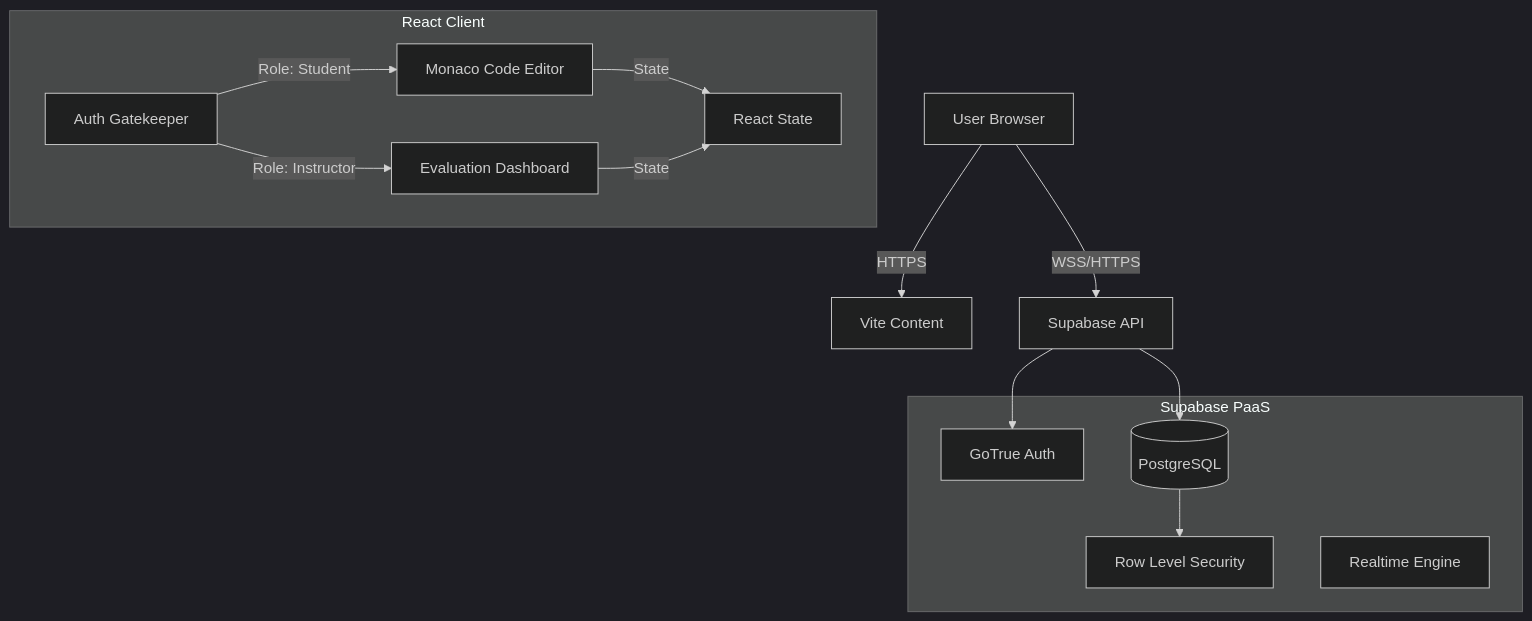
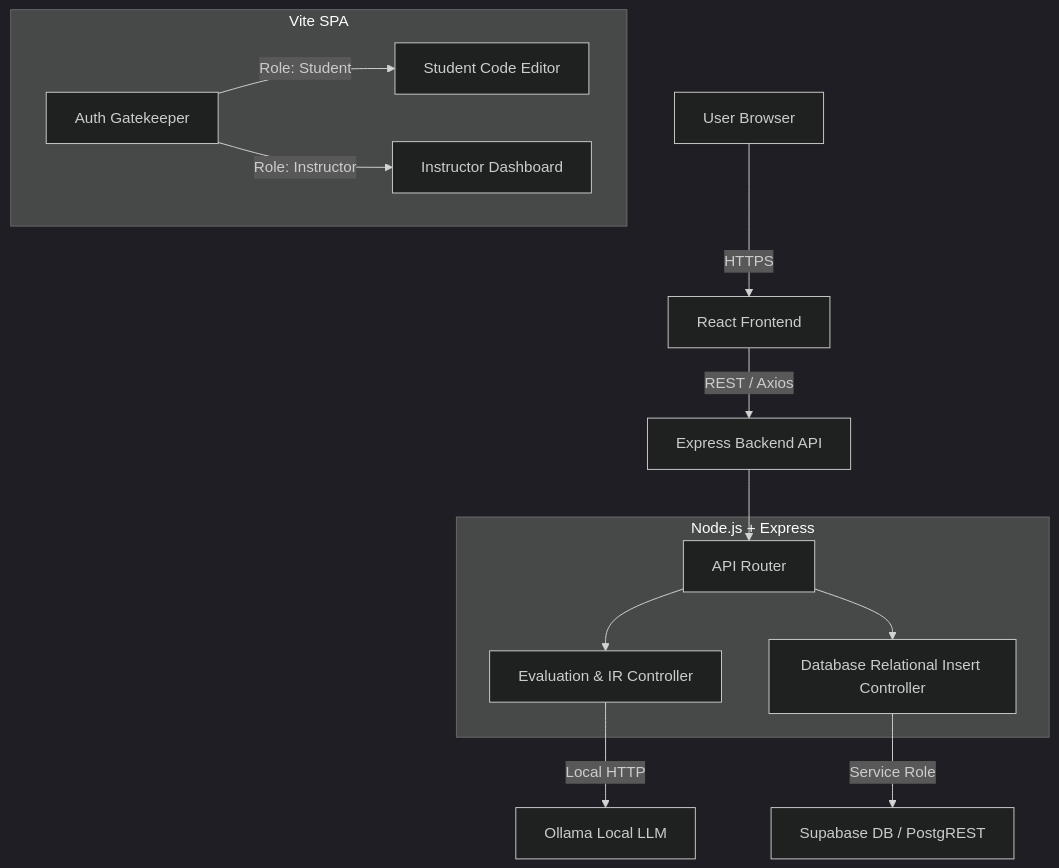
Before and after one commit to OCTehckie18/CodeIR: the diagram in README.md, drawn with Mermaid (dark theme). The commit also changed other lines of this file, not shown here.

Commit message:
Update documentation to reflect new Node.js backend and relational DB schema

````diff
--- a/README.md
+++ b/README.md
@@ -15,25 +15,25 @@
 ```mermaid
 graph TD
-    User[User Browser] -->|HTTPS| CDN[Vite Content]
-    User -->|WSS/HTTPS| SB[Supabase API]
-
-    subgraph Frontend [React Client]
+    User[User Browser] -->|HTTPS| React[React Frontend]
+    
+    subgraph Frontend [Vite SPA]
         Auth[Auth Gatekeeper]
-        Auth -->|Role: Student| Editor[Monaco Code Editor]
-        Auth -->|Role: Instructor| Eval[Evaluation Dashboard]
-        Editor -->|State| LocalState[React State]
-        Eval -->|State| LocalState
+        Auth -->|Role: Student| Editor[Student Code Editor]
+        Auth -->|Role: Instructor| Eval[Instructor Dashboard]
     end
 
-    subgraph Backend [Supabase PaaS]
-        AuthService[GoTrue Auth]
-        DB[(PostgreSQL)]
-        RLS[Row Level Security]
-        Realtime[Realtime Engine]
+    React -->|REST / Axios| API[Express Backend API]
+
+    subgraph Backend [Node.js + Express]
+        Router[API Router]
+        EvalController[Evaluation & IR Controller]
+        DBController[Database Relational Insert Controller]
     end
 
-    SB --> AuthService
-    SB --> DB
-    DB --> RLS
+    API --> Router
+    Router --> EvalController
+    Router --> DBController
 
+    EvalController -->|Local HTTP| Ollama[Ollama Local LLM]
+    DBController -->|Service Role| SB[Supabase DB / PostgREST]
 ```
````
